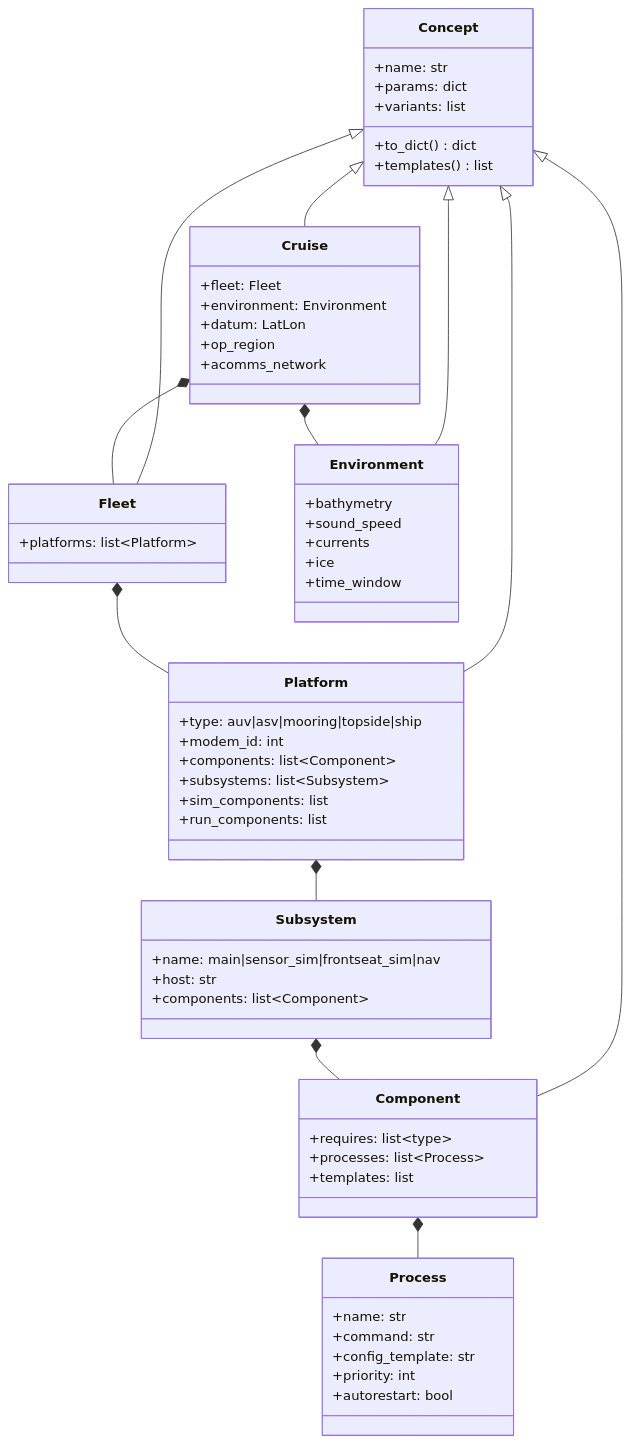
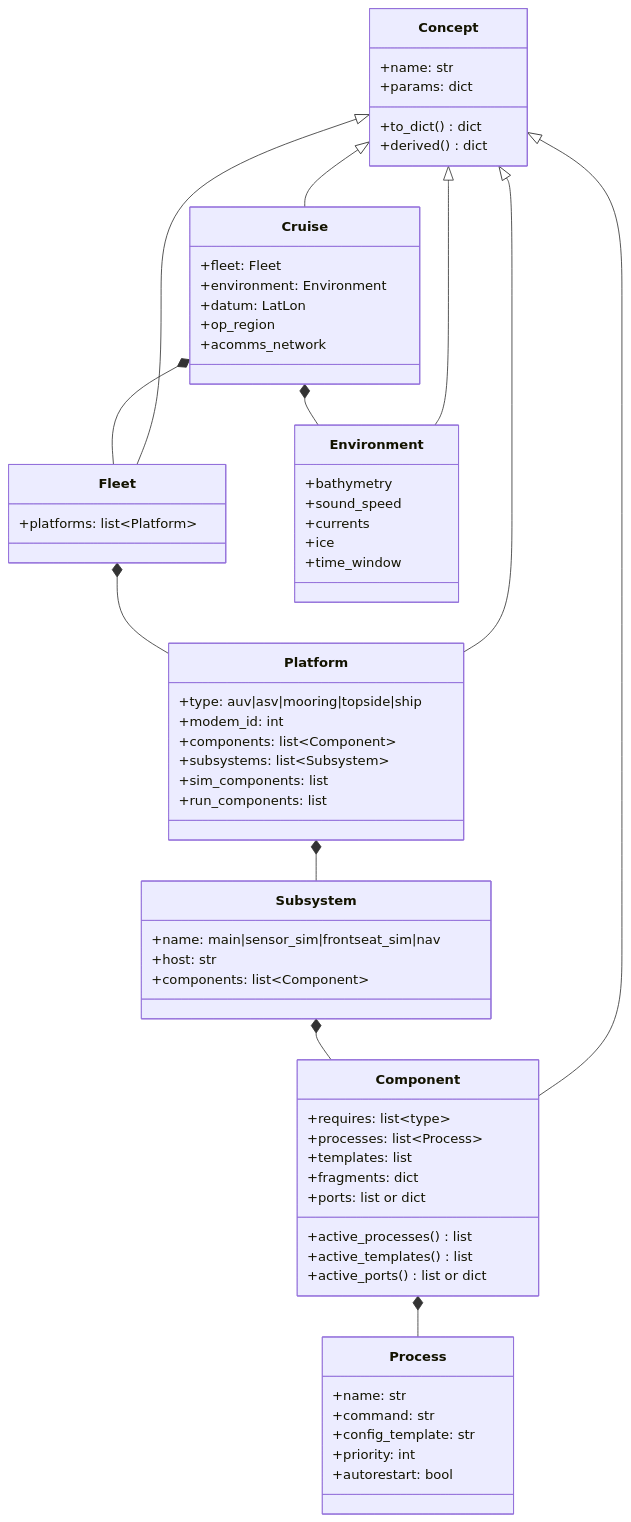
One commit to GobySoft/lamss3 changed the first of 3 diagrams in core/src/doc/plan/claude/06-missions-framework.md. Above: the diagram before and after it, drawn with Mermaid. The commit also changed other lines of this file and 4 other files, not shown here.

````diff
--- a/core/src/doc/plan/claude/06-missions-framework.md
+++ b/core/src/doc/plan/claude/06-missions-framework.md
@@ -29,63 +29,67 @@
 ```mermaid
 classDiagram
   class Concept {
     +name: str
     +params: dict
-    +variants: list
     +to_dict() dict
-    +templates() list
+    +derived() dict
   }
   class Cruise {
     +fleet: Fleet
     +environment: Environment
     +datum: LatLon
     +op_region
     +acomms_network
   }
   class Fleet {
     +platforms: list~Platform~
   }
   class Platform {
     +type: auv|asv|mooring|topside|ship
     +modem_id: int
     +components: list~Component~
     +subsystems: list~Subsystem~
     +sim_components: list
     +run_components: list
   }
   class Subsystem {
     +name: main|sensor_sim|frontseat_sim|nav
     +host: str
     +components: list~Component~
   }
   class Component {
     +requires: list~type~
     +processes: list~Process~
     +templates: list
+    +fragments: dict
+    +ports: list or dict
+    +active_processes() list
+    +active_templates() list
+    +active_ports() list or dict
   }
   class Process {
     +name: str
     +command: str
     +config_template: str
     +priority: int
     +autorestart: bool
   }
   class Environment {
     +bathymetry
     +sound_speed
     +currents
     +ice
     +time_window
   }
   Concept <|-- Cruise
   Concept <|-- Fleet
   Concept <|-- Platform
   Concept <|-- Component
   Concept <|-- Environment
   Cruise *-- Fleet
   Cruise *-- Environment
   Fleet *-- Platform
   Platform *-- Subsystem
   Subsystem *-- Component
   Component *-- Process
 ```
````
